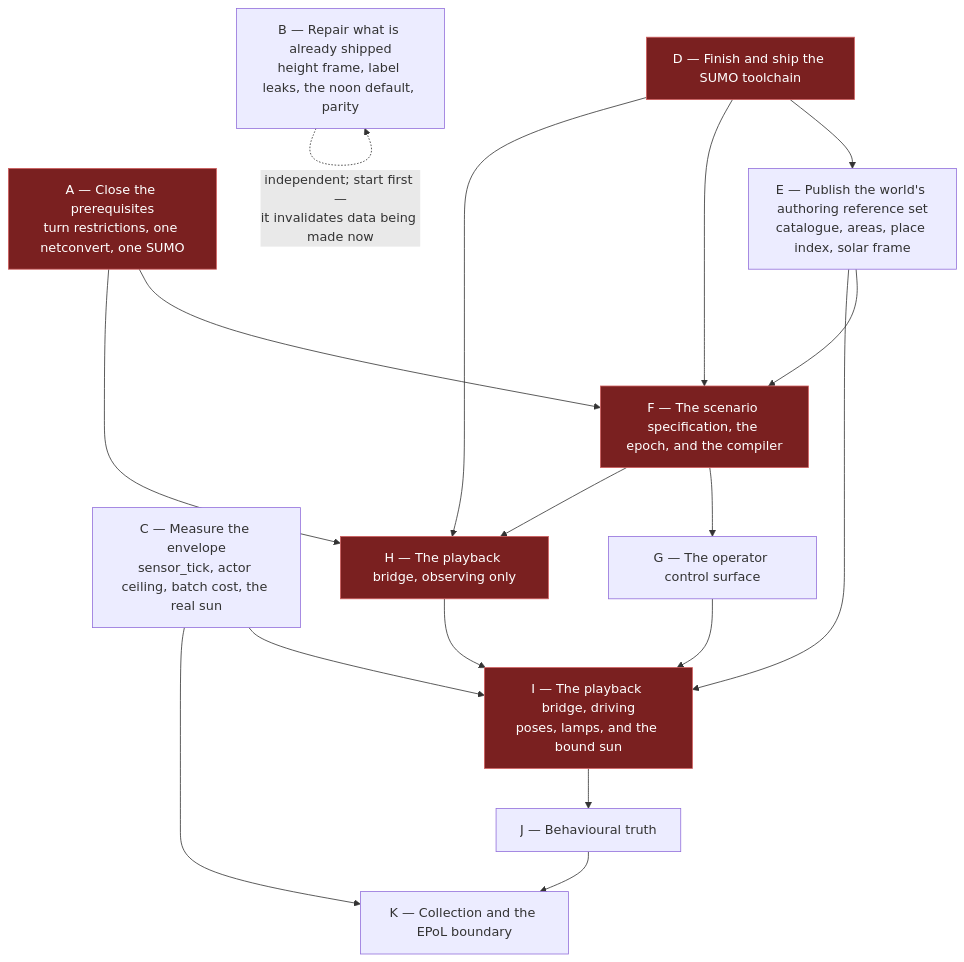
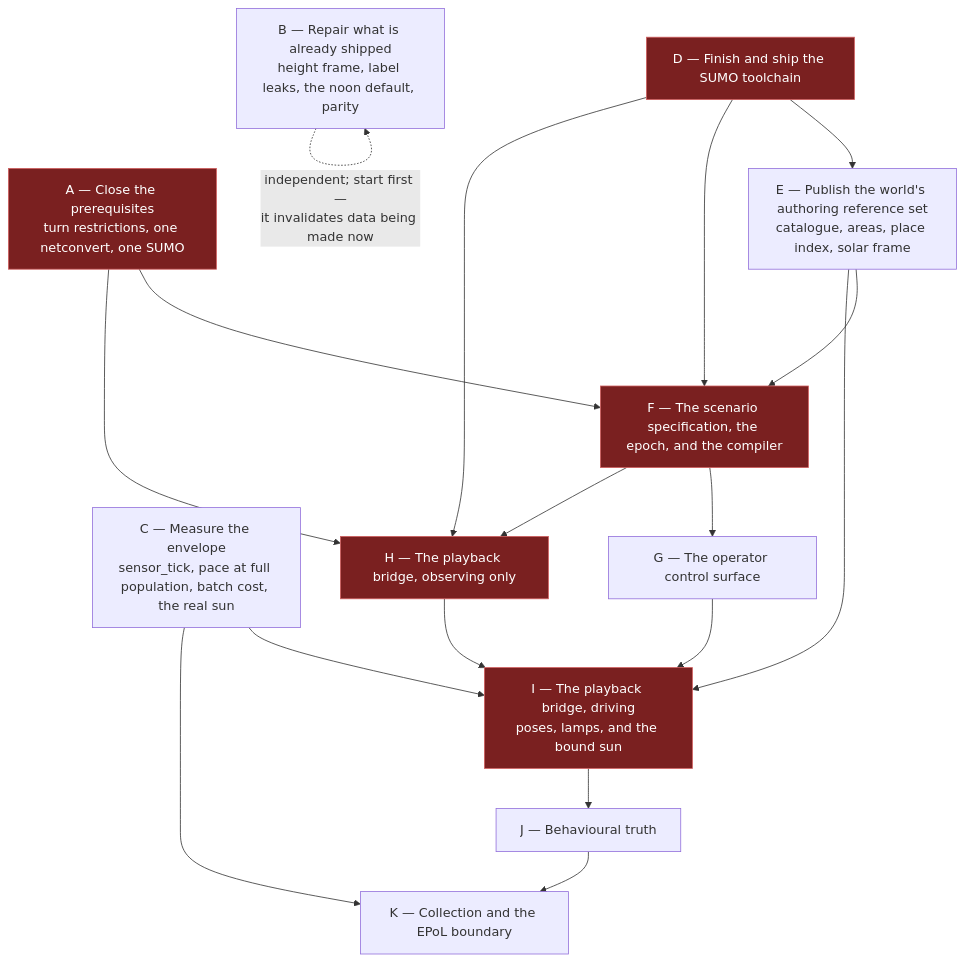
Before and after one commit to sbrett9/carla: the diagram in Docs/CAT_Research/Plans/SUMO_Behavioral_Capture/13_Work_Breakdown.md, drawn with Mermaid. The commit also changed other lines of this file and 4 other files, not shown here.

````diff
--- a/Docs/CAT_Research/Plans/SUMO_Behavioral_Capture/13_Work_Breakdown.md
+++ b/Docs/CAT_Research/Plans/SUMO_Behavioral_Capture/13_Work_Breakdown.md
@@ -49,34 +50,34 @@
 ```mermaid
 flowchart TB
     A["A — Close the prerequisites<br/>turn restrictions, one netconvert, one SUMO"]
     B["B — Repair what is already shipped<br/>height frame, label leaks, the noon default, parity"]
-    C["C — Measure the envelope<br/>sensor_tick, actor ceiling, batch cost, the real sun"]
+    C["C — Measure the envelope<br/>sensor_tick, pace at full population, batch cost, the real sun"]
     D["D — Finish and ship the SUMO toolchain"]
     E["E — Publish the world's authoring reference set<br/>catalogue, areas, place index, solar frame"]
     F["F — The scenario specification, the epoch, and the compiler"]
     G["G — The operator control surface"]
     H["H — The playback bridge, observing only"]
     I["I — The playback bridge, driving<br/>poses, lamps, and the bound sun"]
     J["J — Behavioural truth"]
     K["K — Collection and the EPoL boundary"]
 
     A --> F
     A --> H
     B -.->|"independent; start first —<br/>it invalidates data being made now"| B
     C --> I
     C --> K
     D --> E
     D --> F
     D --> H
     E --> F
     E --> I
     F --> G
     F --> H
     G --> I
     H --> I
     I --> J
     J --> K
 
     classDef crit fill:#7a2020,stroke:#d06060,color:#fff
     class A,D,F,H,I crit
 ```
````
